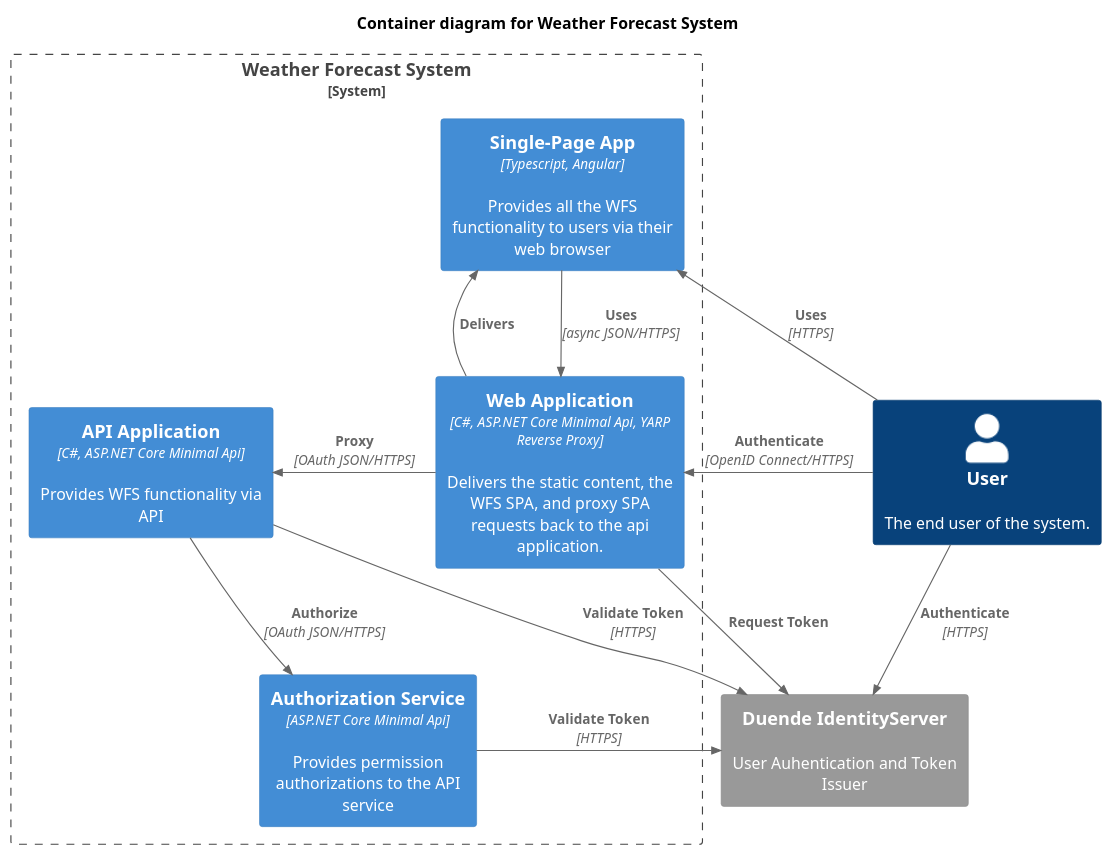
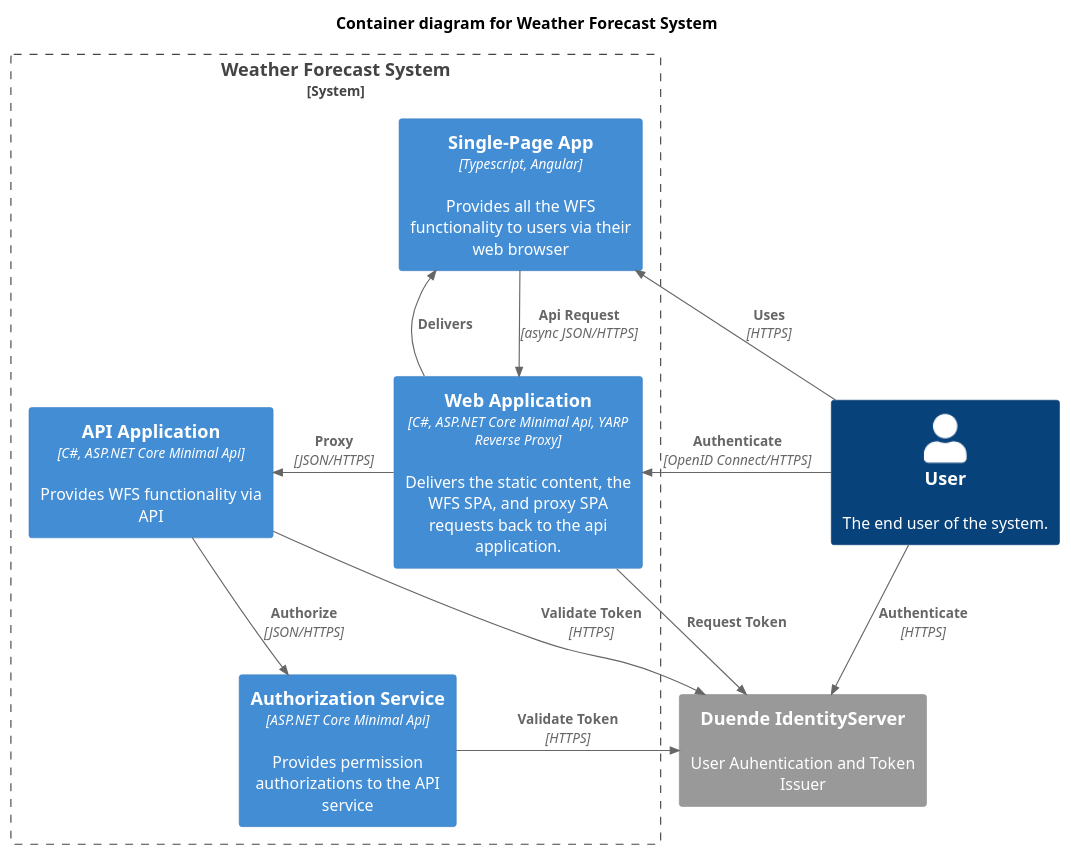
Before and after one commit to salmarsumi/CleanArchitecture: the diagram in architecture/container.puml, drawn with PlantUML. The commit also changed 6 other files, not shown here.

Commit message:
architectural diagrams

```diff
--- a/architecture/container.puml
+++ b/architecture/container.puml
@@ -1,30 +1,30 @@
 @startuml
 !include https://raw.githubusercontent.com/plantuml-stdlib/C4-PlantUML/master/C4_Container.puml
 
 HIDE_STEREOTYPE()
 
 title Container diagram for Weather Forecast System
 
 Person(user, "User", "The end user of the system.")
 
 System_Boundary(weather_system, "Weather Forecast System") {
     Container(web_app, "Web Application", "C#, ASP.NET Core Minimal Api, YARP Reverse Proxy", "Delivers the static content, the WFS SPA, and proxy SPA requests back to the api application.")
     Container(spa, "Single-Page App", "Typescript, Angular", "Provides all the WFS functionality to users via their web browser")
     Container(api, "API Application", "C#, ASP.NET Core Minimal Api", "Provides WFS functionality via API")
     Container(authz, "Authorization Service", "ASP.NET Core Minimal Api", "Provides permission authorizations to the API service")
 }
 
 System_Ext(identity, "Duende IdentityServer", "User Auhentication and Token Issuer")
 
 Rel(user, spa, "Uses", "HTTPS")
 Rel_L(user, web_app, "Authenticate", "OpenID Connect/HTTPS")
 Rel_L(web_app, spa, "Delivers")
-Rel(spa, web_app, "Uses", "async JSON/HTTPS")
-Rel_R(web_app, api, "Proxy", "OAuth JSON/HTTPS")
-Rel(api, authz, "Authorize", "OAuth JSON/HTTPS")
+Rel(spa, web_app, "Api Request", "async JSON/HTTPS")
+Rel_R(web_app, api, "Proxy", "JSON/HTTPS")
+Rel(api, authz, "Authorize", "JSON/HTTPS")
 Rel(api, identity, "Validate Token", "HTTPS")
 Rel_R(authz, identity, "Validate Token", "HTTPS")
 Rel(user, identity, "Authenticate", "HTTPS")
 Rel(web_app, identity, "Request Token")
 
 @enduml
```
